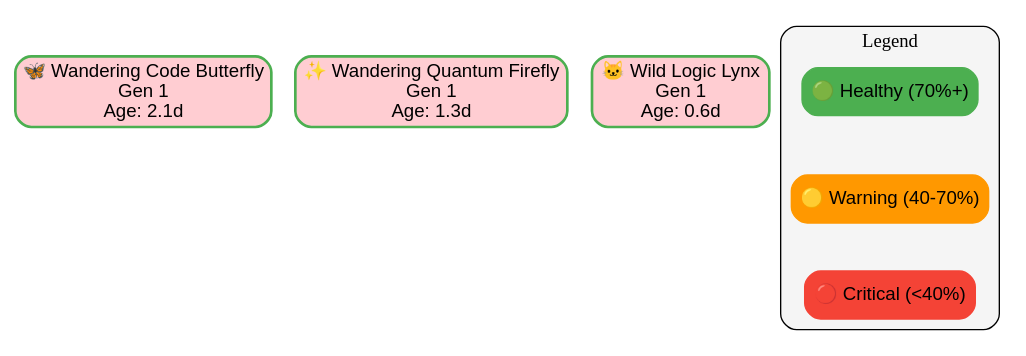
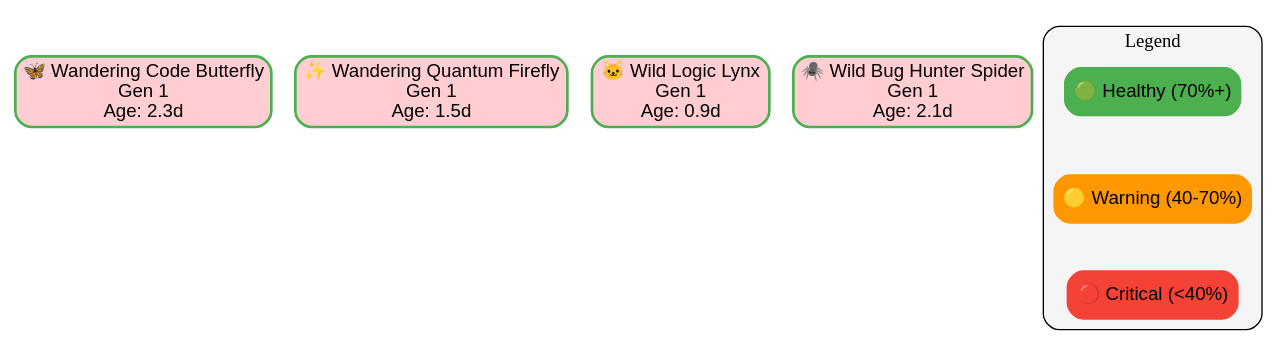
The diagram in .ecosystem/visualizations/family_tree.dot (batmac/digital-ecosystem), drawn with Graphviz before and after one commit. The commit also changed 4 other files, not shown here.

```diff
--- a/.ecosystem/visualizations/family_tree.dot
+++ b/.ecosystem/visualizations/family_tree.dot
@@ -1,44 +1,51 @@
 
 digraph EcosystemFamilyTree {
     rankdir=TB;
     node [shape=box, style="rounded,filled", fontname="Arial"];
     edge [fontname="Arial"];
     
     // Style pour différentes générations
     node [fillcolor="#E3F2FD"];
 
         "code_butterfly_1753392858_5357" [
-            label="🦋 Wandering Code Butterfly\nGen 1\nAge: 2.1d",
+            label="🦋 Wandering Code Butterfly\nGen 1\nAge: 2.3d",
             fillcolor="#FFCDD2",
             color="#4CAF50",
             penwidth=2
         ];
     
         "quantum_firefly_1753393678_6656" [
-            label="✨ Wandering Quantum Firefly\nGen 1\nAge: 1.3d",
+            label="✨ Wandering Quantum Firefly\nGen 1\nAge: 1.5d",
             fillcolor="#FFCDD2",
             color="#4CAF50",
             penwidth=2
         ];
     
         "logic_lynx_1753394863_7694" [
-            label="🐱 Wild Logic Lynx\nGen 1\nAge: 0.6d",
+            label="🐱 Wild Logic Lynx\nGen 1\nAge: 0.9d",
+            fillcolor="#FFCDD2",
+            color="#4CAF50",
+            penwidth=2
+        ];
+    
+        "bug_hunter_spider_1753395214_1998" [
+            label="🕷️ Wild Bug Hunter Spider\nGen 1\nAge: 2.1d",
             fillcolor="#FFCDD2",
             color="#4CAF50",
             penwidth=2
         ];
     
     
     // Légende
     subgraph cluster_legend {
         label="Legend";
         style="rounded,filled";
         fillcolor="#F5F5F5";
         
         legend1 [label="🟢 Healthy (70%+)", fillcolor="#4CAF50", color="#4CAF50"];
         legend2 [label="🟡 Warning (40-70%)", fillcolor="#FF9800", color="#FF9800"];
         legend3 [label="🔴 Critical (<40%)", fillcolor="#F44336", color="#F44336"];
         
         legend1 -> legend2 -> legend3 [style=invis];
     }
 }
```
